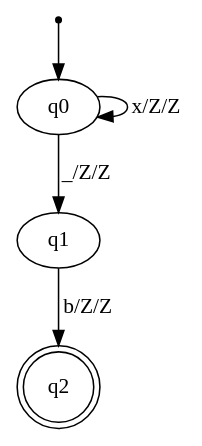
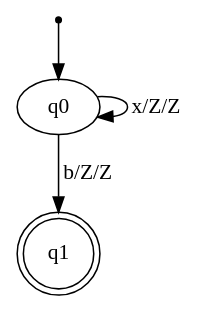
The diagram in prueba5.gv (valenvivaldi/automatas-Pila-D-y-ND-), drawn with Graphviz before and after one commit. The commit also changed 1 other file, not shown here.

```diff
--- a/prueba5.gv
+++ b/prueba5.gv
@@ -1,12 +1,10 @@
 digraph{
 inic[shape=point];
 inic->q0;
 
-q1->q2 [label="b/Z/Z"];
+q0->q1 [label="b/Z/Z"];
 q0->q0 [label="x/Z/Z"];
 
 
-
-q0->q1 [label="_/Z/Z"];
-q2[shape=doublecircle];
+q1[shape=doublecircle];
 }
```
